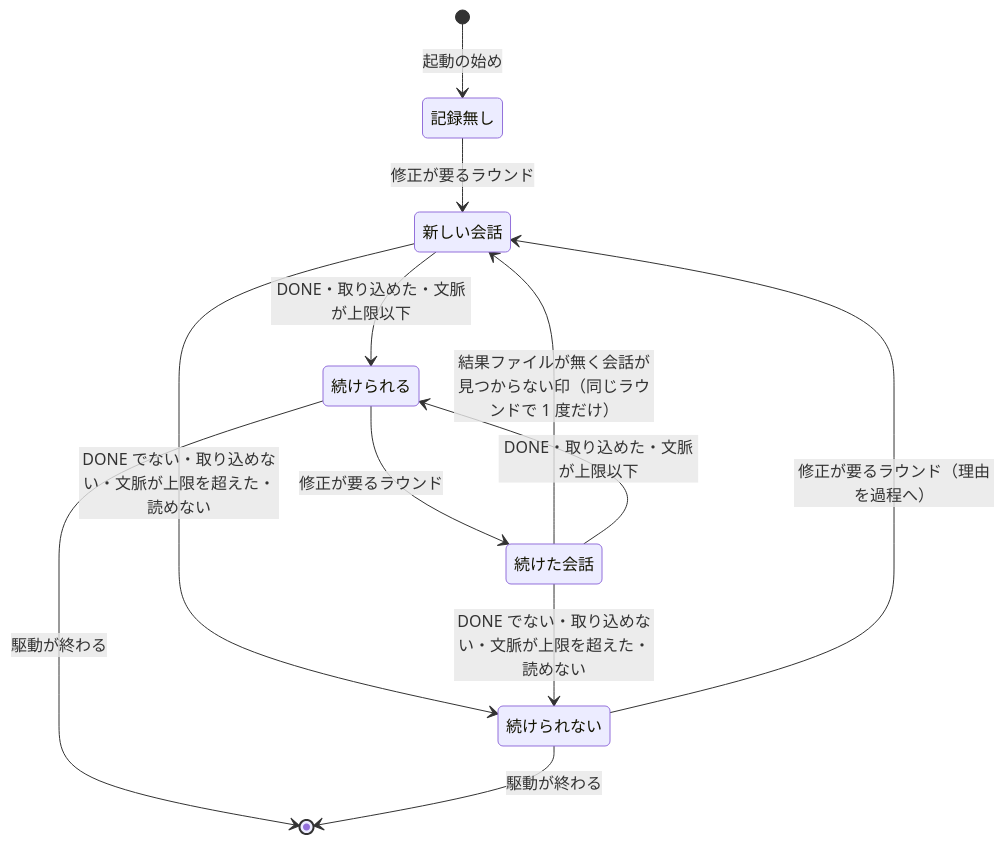
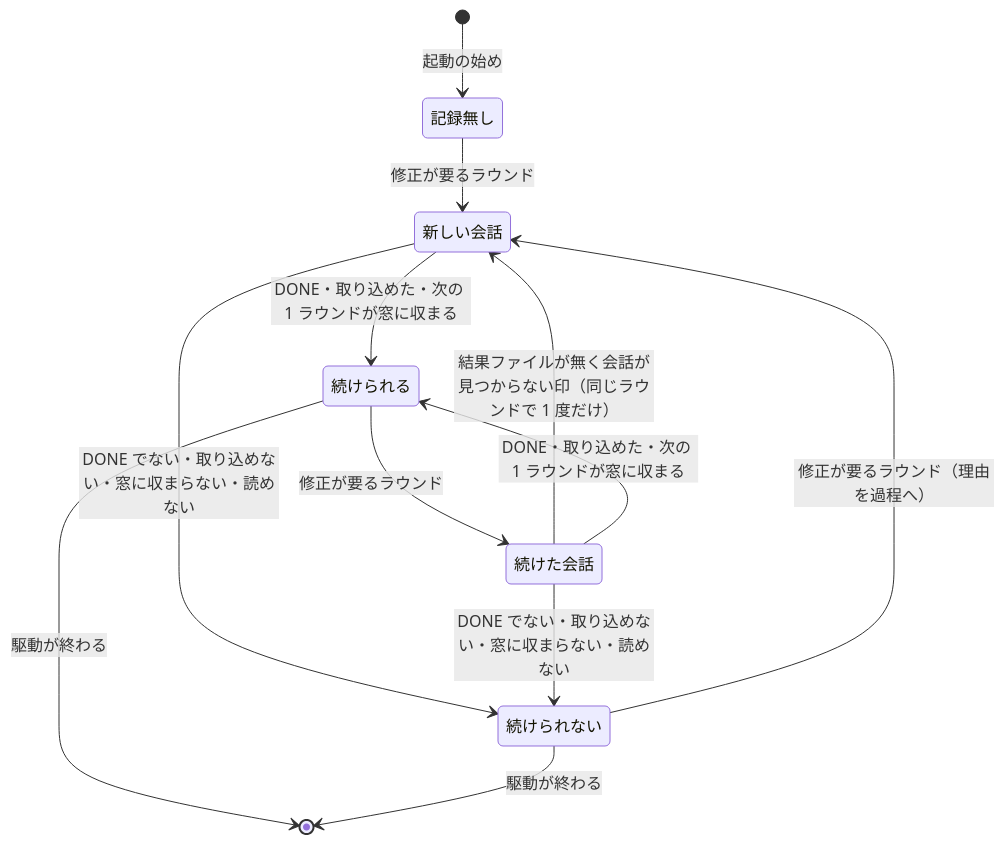
The fourth of 4 diagrams in issues/issue-4013-design.md (devbasex/ai-plugins), drawn with Mermaid before and after one commit. The commit also changed other lines of this file and 1 other file, not shown here.

````diff
--- a/issues/issue-4013-design.md
+++ b/issues/issue-4013-design.md
@@ -137,14 +141,14 @@
 ```mermaid
 stateDiagram-v2
   [*] --> 記録無し: 起動の始め
   記録無し --> 新しい会話: 修正が要るラウンド
   続けられる --> 続けた会話: 修正が要るラウンド
   続けられない --> 新しい会話: 修正が要るラウンド（理由を過程へ）
   続けた会話 --> 新しい会話: 結果ファイルが無く会話が見つからない印（同じラウンドで 1 度だけ）
-  新しい会話 --> 続けられる: DONE・取り込めた・文脈が上限以下
-  続けた会話 --> 続けられる: DONE・取り込めた・文脈が上限以下
-  新しい会話 --> 続けられない: DONE でない・取り込めない・文脈が上限を超えた・読めない
-  続けた会話 --> 続けられない: DONE でない・取り込めない・文脈が上限を超えた・読めない
+  新しい会話 --> 続けられる: DONE・取り込めた・次の 1 ラウンドが窓に収まる
+  続けた会話 --> 続けられる: DONE・取り込めた・次の 1 ラウンドが窓に収まる
+  新しい会話 --> 続けられない: DONE でない・取り込めない・窓に収まらない・読めない
+  続けた会話 --> 続けられない: DONE でない・取り込めない・窓に収まらない・読めない
   続けられる --> [*]: 駆動が終わる
   続けられない --> [*]: 駆動が終わる
 ```
````
